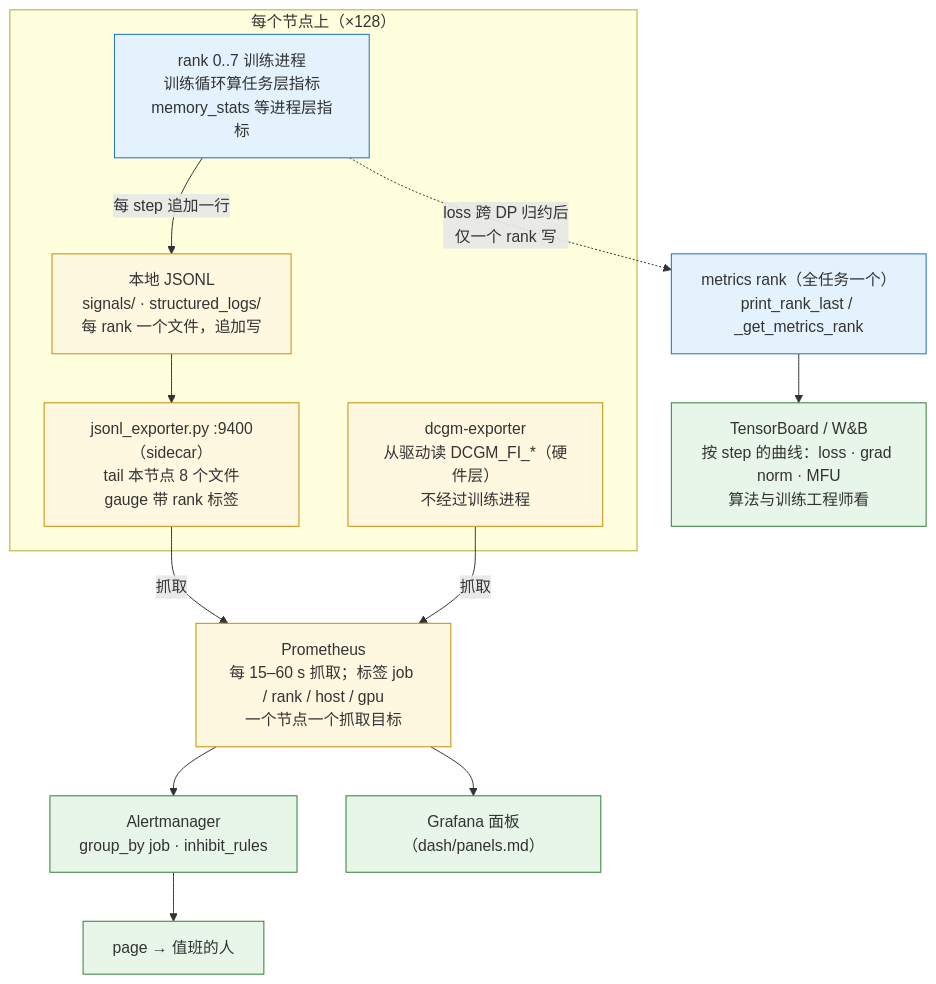
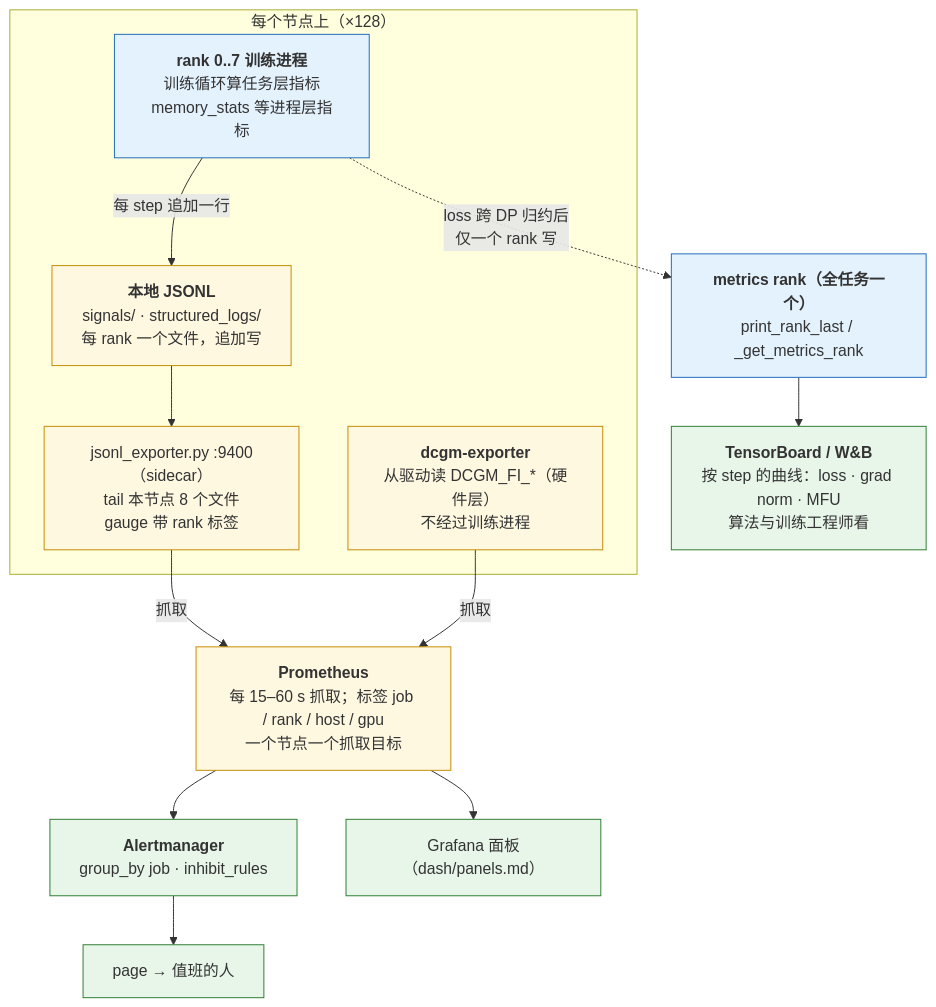
The first of 5 diagrams in _posts/2026-07-29-long-running-training-observability-and-operations.md (arganzheng/arganzheng.github.com), drawn with Mermaid before and after one commit. The commit also changed other lines of this file and 8 other files, not shown here.

First line of the commit message:
大规模训练工程：从并行策略到容错恢复：Mermaid 多行方框的首行标为标题（9 篇）

````diff
--- a/_posts/2026-07-29-long-running-training-observability-and-operations.md
+++ b/_posts/2026-07-29-long-running-training-observability-and-operations.md
@@ -208,28 +208,28 @@
 ```mermaid
 %% 图：三层指标的分工：训练进程写本地 JSONL，sidecar 暴露给 Prometheus，DCGM 不经训练进程；TensorBoard / W&B 看按 step 的曲线
 flowchart TB
   subgraph node1["每个节点上（×128）"]
-    RK["rank 0..7 训练进程<br/>训练循环算任务层指标<br/>memory_stats 等进程层指标"]
-    JS["本地 JSONL<br/>signals/ · structured_logs/<br/>每 rank 一个文件，追加写"]
+    RK["<b>rank 0..7 训练进程</b><br/>训练循环算任务层指标<br/>memory_stats 等进程层指标"]
+    JS["<b>本地 JSONL</b><br/>signals/ · structured_logs/<br/>每 rank 一个文件，追加写"]
     EXP["jsonl_exporter.py :9400（sidecar）<br/>tail 本节点 8 个文件<br/>gauge 带 rank 标签"]
-    DCGM["dcgm-exporter<br/>从驱动读 DCGM_FI_*（硬件层）<br/>不经过训练进程"]
+    DCGM["<b>dcgm-exporter</b><br/>从驱动读 DCGM_FI_*（硬件层）<br/>不经过训练进程"]
     RK -->|"每 step 追加一行"| JS --> EXP
   end
-  MR["metrics rank（全任务一个）<br/>print_rank_last / _get_metrics_rank"]
-  TBW["TensorBoard / W&B<br/>按 step 的曲线：loss · grad norm · MFU<br/>算法与训练工程师看"]
-  PROM["Prometheus<br/>每 15–60 s 抓取；标签 job / rank / host / gpu<br/>一个节点一个抓取目标"]
-  AM["Alertmanager<br/>group_by job · inhibit_rules"]
+  MR["<b>metrics rank（全任务一个）</b><br/>print_rank_last / _get_metrics_rank"]
+  TBW["<b>TensorBoard / W&B</b><br/>按 step 的曲线：loss · grad norm · MFU<br/>算法与训练工程师看"]
+  PROM["<b>Prometheus</b><br/>每 15–60 s 抓取；标签 job / rank / host / gpu<br/>一个节点一个抓取目标"]
+  AM["<b>Alertmanager</b><br/>group_by job · inhibit_rules"]
   PAGE["page → 值班的人"]
   GF["Grafana 面板（dash/panels.md）"]
   RK -.->|"loss 跨 DP 归约后<br/>仅一个 rank 写"| MR --> TBW
   EXP -->|"抓取"| PROM
   DCGM -->|"抓取"| PROM
   PROM --> AM --> PAGE
   PROM --> GF
   classDef proc fill:#e3f2fd,stroke:#1e6bb8;
   classDef store fill:#fff8e1,stroke:#c58a00;
   classDef view fill:#e8f5e9,stroke:#2e7d32;
   class RK,MR proc;
   class JS,EXP,DCGM,PROM store;
   class TBW,AM,PAGE,GF view;
 ```
````
